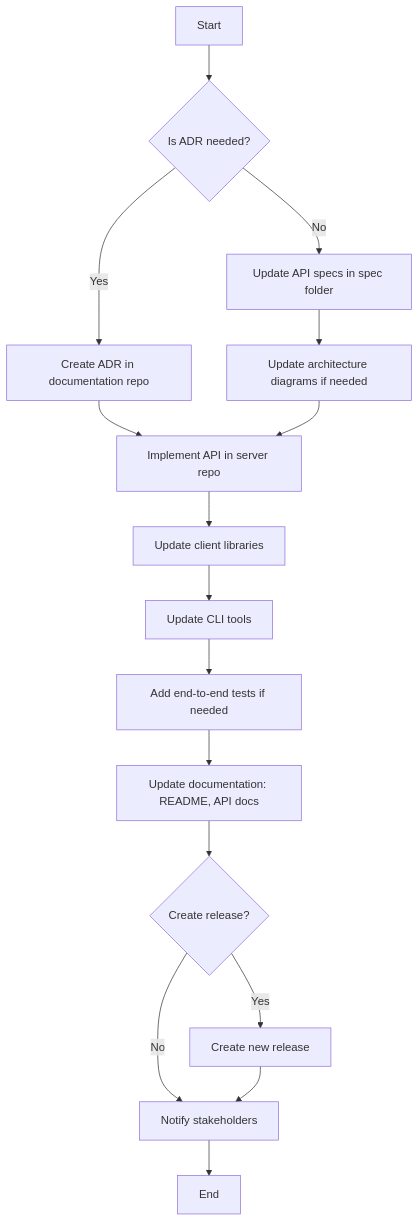
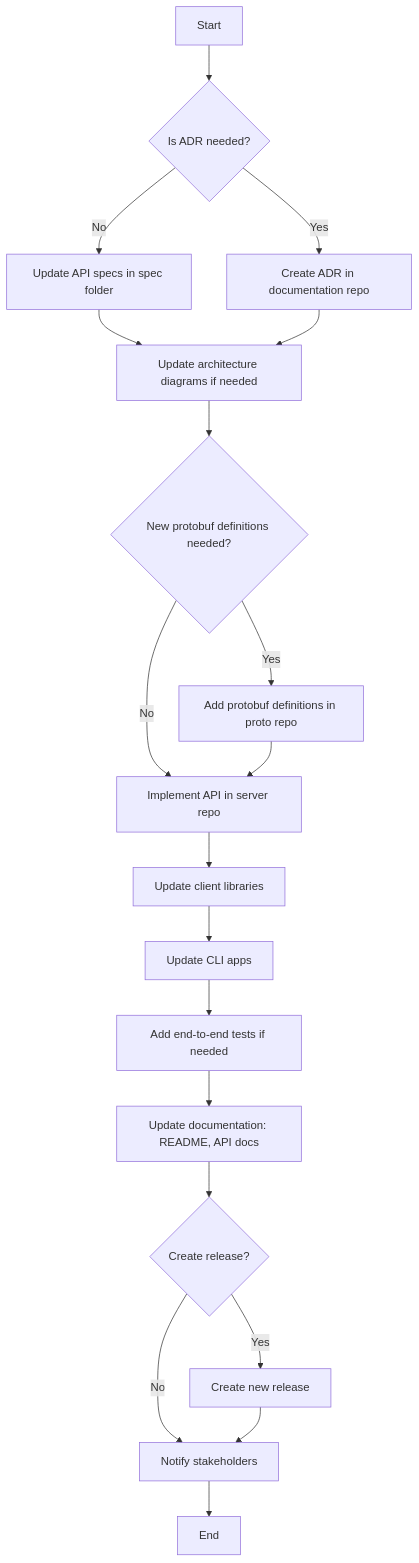
One commit to open-crypto-broker/crypto-broker-documentation changed the diagram in api-template.md. Above: the diagram before and after it, drawn with Mermaid. The commit also changed other lines of this file, not shown here.

Commit message:
feat: Add protobuf changes

````diff
--- a/api-template.md
+++ b/api-template.md
@@ -20,18 +21,21 @@
 ```mermaid
 flowchart TD
     A[Start] --> B{Is ADR needed?}
     B -- Yes --> C[Create ADR in documentation repo]
     B -- No --> D[Update API specs in spec folder]
     D --> E[Update architecture diagrams if needed]
-    C --> F[Implement API in server repo]
-    E --> F
-    F --> G[Update client libraries]
-    G --> H[Update CLI tools]
-    H --> I[Add end-to-end tests if needed]
-    I --> J[Update documentation: README, API docs]
-    J --> K{Create release?}
-    K -- Yes --> L[Create new release]
-    K -- No --> M[Notify stakeholders]
-    L --> M
-    M --> N[End]
+    C --> E
+    E --> F{New protobuf definitions needed?}
+    F -- Yes --> G[Add protobuf definitions in proto repo]
+    F -- No --> H[Implement API in server repo]
+    G --> H
+    H --> I[Update client libraries]
+    I --> J[Update CLI apps]
+    J --> K[Add end-to-end tests if needed]
+    K --> L[Update documentation: README, API docs]
+    L --> M{Create release?}
+    M -- Yes --> N[Create new release]
+    M -- No --> O[Notify stakeholders]
+    N --> O
+    O --> P[End]
 ```
````
